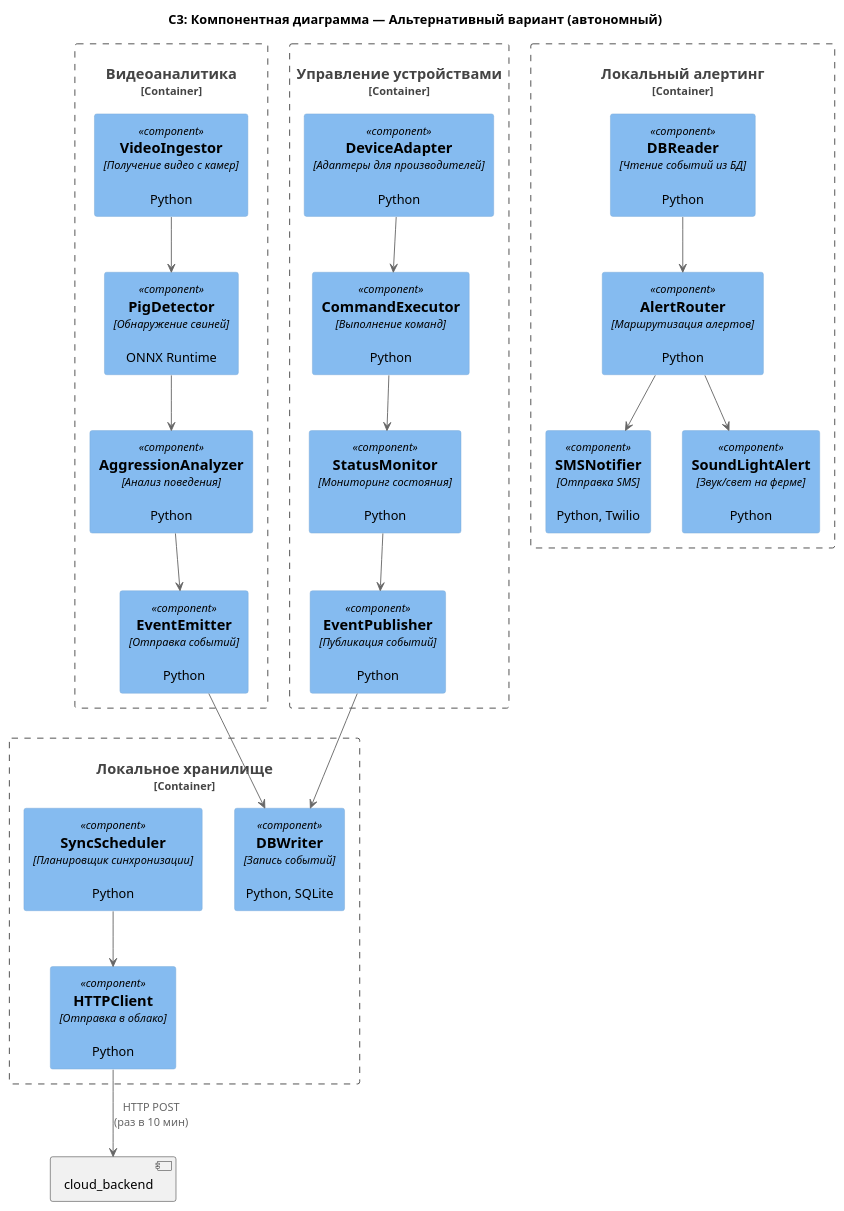
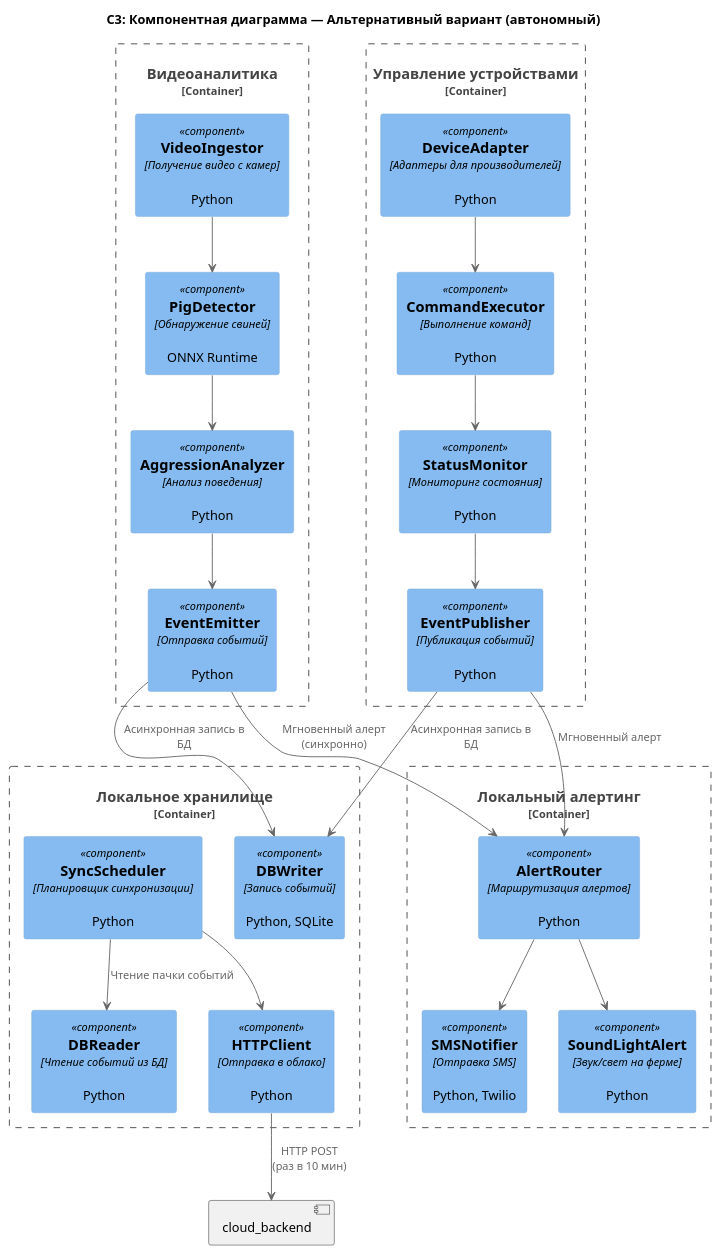
Before and after one commit to Lexxar91/MSA-AgroTech: the diagram in Task3/diagrams/component/variant_b.puml, drawn with PlantUML. The commit also changed 6 other files, not shown here.

```diff
--- a/Task3/diagrams/component/variant_b.puml
+++ b/Task3/diagrams/component/variant_b.puml
@@ -1,51 +1,56 @@
 @startuml
 !include https://raw.githubusercontent.com/plantuml-stdlib/C4-PlantUML/master/C4_Component.puml
 
 title C3: Компонентная диаграмма — Альтернативный вариант (автономный)
 
 Container_Boundary(video_processor, "Видеоаналитика") {
   Component(video_ingestor, "VideoIngestor", "Получение видео с камер", "Python")
   Component(pig_detector, "PigDetector", "Обнаружение свиней", "ONNX Runtime")
   Component(aggression_analyzer, "AggressionAnalyzer", "Анализ поведения", "Python")
   Component(event_emitter, "EventEmitter", "Отправка событий", "Python")
 }
 
 Container_Boundary(device_control, "Управление устройствами") {
   Component(device_adapter, "DeviceAdapter", "Адаптеры для производителей", "Python")
   Component(command_executor, "CommandExecutor", "Выполнение команд", "Python")
   Component(status_monitor, "StatusMonitor", "Мониторинг состояния", "Python")
   Component(event_publisher, "EventPublisher", "Публикация событий", "Python")
 }
 
 Container_Boundary(local_alerting, "Локальный алертинг") {
   Component(alert_router, "AlertRouter", "Маршрутизация алертов", "Python")
   Component(sms_notifier, "SMSNotifier", "Отправка SMS", "Python, Twilio")
   Component(sound_light, "SoundLightAlert", "Звук/свет на ферме", "Python")
-  Component(db_reader, "DBReader", "Чтение событий из БД", "Python")
 }
 
 Container_Boundary(local_storage, "Локальное хранилище") {
   Component(db_writer, "DBWriter", "Запись событий", "Python, SQLite")
+  Component(db_reader, "DBReader", "Чтение событий из БД", "Python")
   Component(sync_scheduler, "SyncScheduler", "Планировщик синхронизации", "Python")
   Component(http_client, "HTTPClient", "Отправка в облако", "Python")
 }
 
 ' Внутренние связи
 video_ingestor --> pig_detector
 pig_detector --> aggression_analyzer
 aggression_analyzer --> event_emitter
-event_emitter --> db_writer
+
+' Мгновенный алерт напрямую, запись в БД — асинхронно
+event_emitter --> alert_router : Мгновенный алерт (синхронно)
+event_emitter --> db_writer : Асинхронная запись в БД
 
 device_adapter --> command_executor
 command_executor --> status_monitor
 status_monitor --> event_publisher
-event_publisher --> db_writer
 
-db_reader --> alert_router
+event_publisher --> alert_router : Мгновенный алерт
+event_publisher --> db_writer : Асинхронная запись в БД
+
 alert_router --> sms_notifier
 alert_router --> sound_light
 
+sync_scheduler --> db_reader : Чтение пачки событий
 sync_scheduler --> http_client
 http_client --> [cloud_backend] : HTTP POST\n(раз в 10 мин)
 
 @enduml
```
